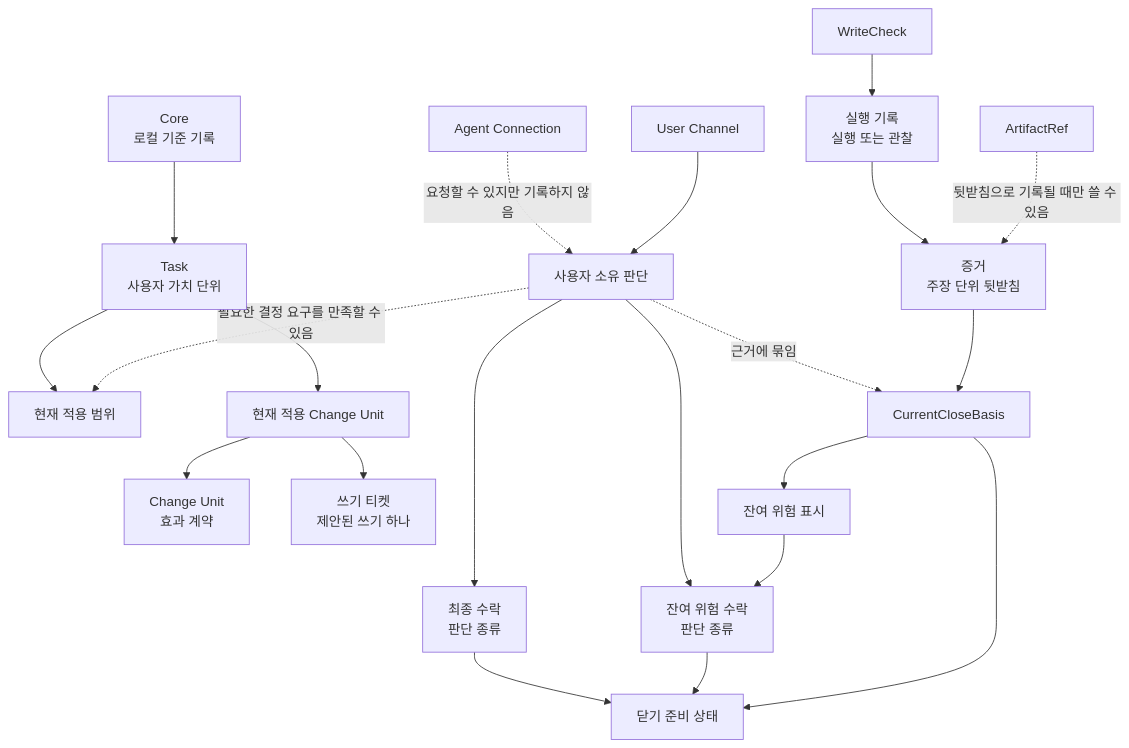
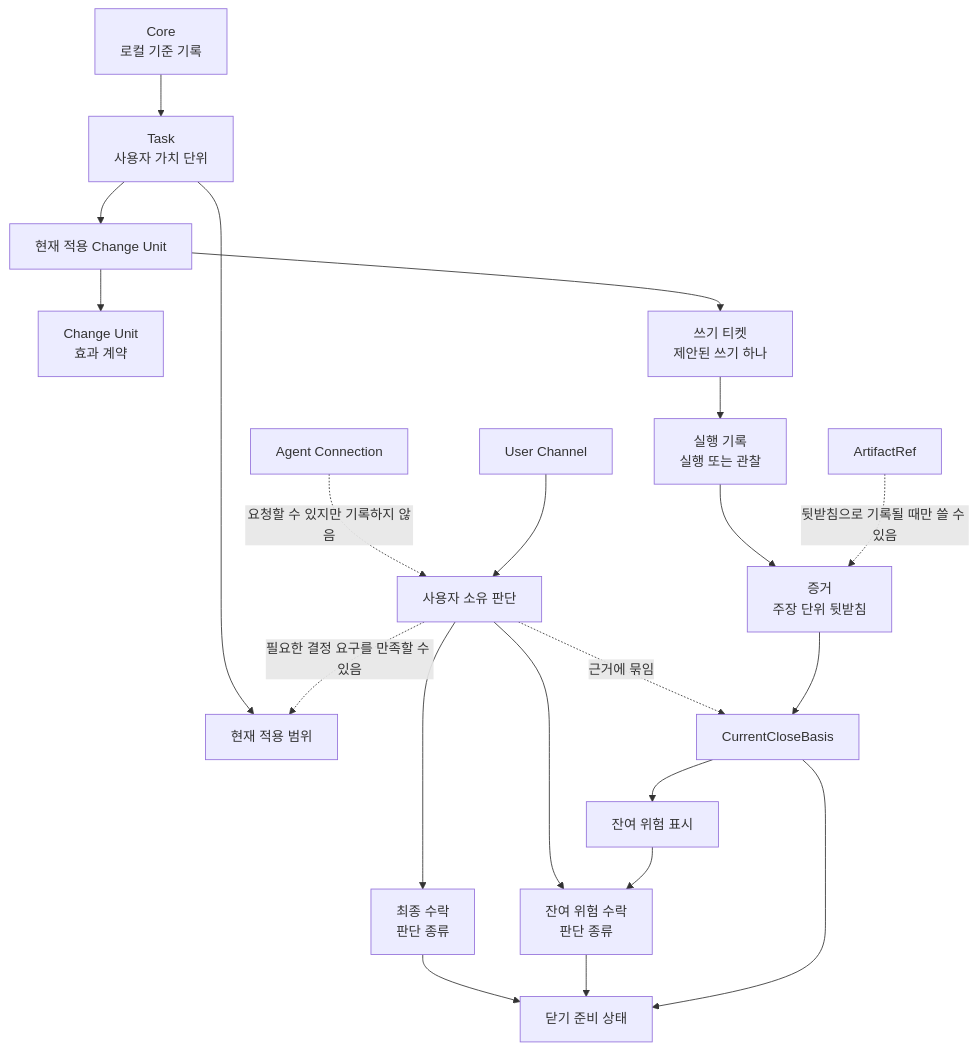
One commit to minjungw00/Volicord changed the first of 2 diagrams in docs/ko/reference/core-model.md. Above: the diagram before and after it, drawn with Mermaid. The commit also changed other lines of this file and 12 other files, not shown here.

````diff
--- a/docs/ko/reference/core-model.md
+++ b/docs/ko/reference/core-model.md
@@ -87,23 +87,23 @@
 ```mermaid
 flowchart TD
     Core["Core<br/>로컬 기준 기록"] --> Task["Task<br/>사용자 가치 단위"]
     Task --> Scope["현재 적용 범위"]
     Task --> ChangeUnit["현재 적용 Change Unit"]
     ChangeUnit --> EffectContract["Change Unit<br/>효과 계약"]
     ChangeUnit --> WriteTicket["쓰기 티켓<br/>제안된 쓰기 하나"]
-    WriteCheck --> Run["실행 기록<br/>실행 또는 관찰"]
+    WriteTicket --> Run["실행 기록<br/>실행 또는 관찰"]
     Run --> Evidence["증거<br/>주장 단위 뒷받침"]
     ArtifactRef["ArtifactRef"] -. "뒷받침으로 기록될 때만 쓸 수 있음" .-> Evidence
     AgentConnection["Agent Connection"] -. "요청할 수 있지만 기록하지 않음" .-> Judgment["사용자 소유 판단"]
     UserChannel["User Channel"] --> Judgment
     Judgment -. "필요한 결정 요구를 만족할 수 있음" .-> Scope
     Judgment -. "근거에 묶임" .-> CloseBasis["CurrentCloseBasis"]
     Evidence --> CloseBasis
     Judgment --> FinalAcceptance["최종 수락<br/>판단 종류"]
     Judgment --> RiskAcceptance["잔여 위험 수락<br/>판단 종류"]
     CloseBasis --> ResidualRisk["잔여 위험 표시"]
     ResidualRisk --> RiskAcceptance
     FinalAcceptance --> CloseReadiness
     RiskAcceptance --> CloseReadiness
     CloseBasis --> CloseReadiness["닫기 준비 상태"]
 ```
````
